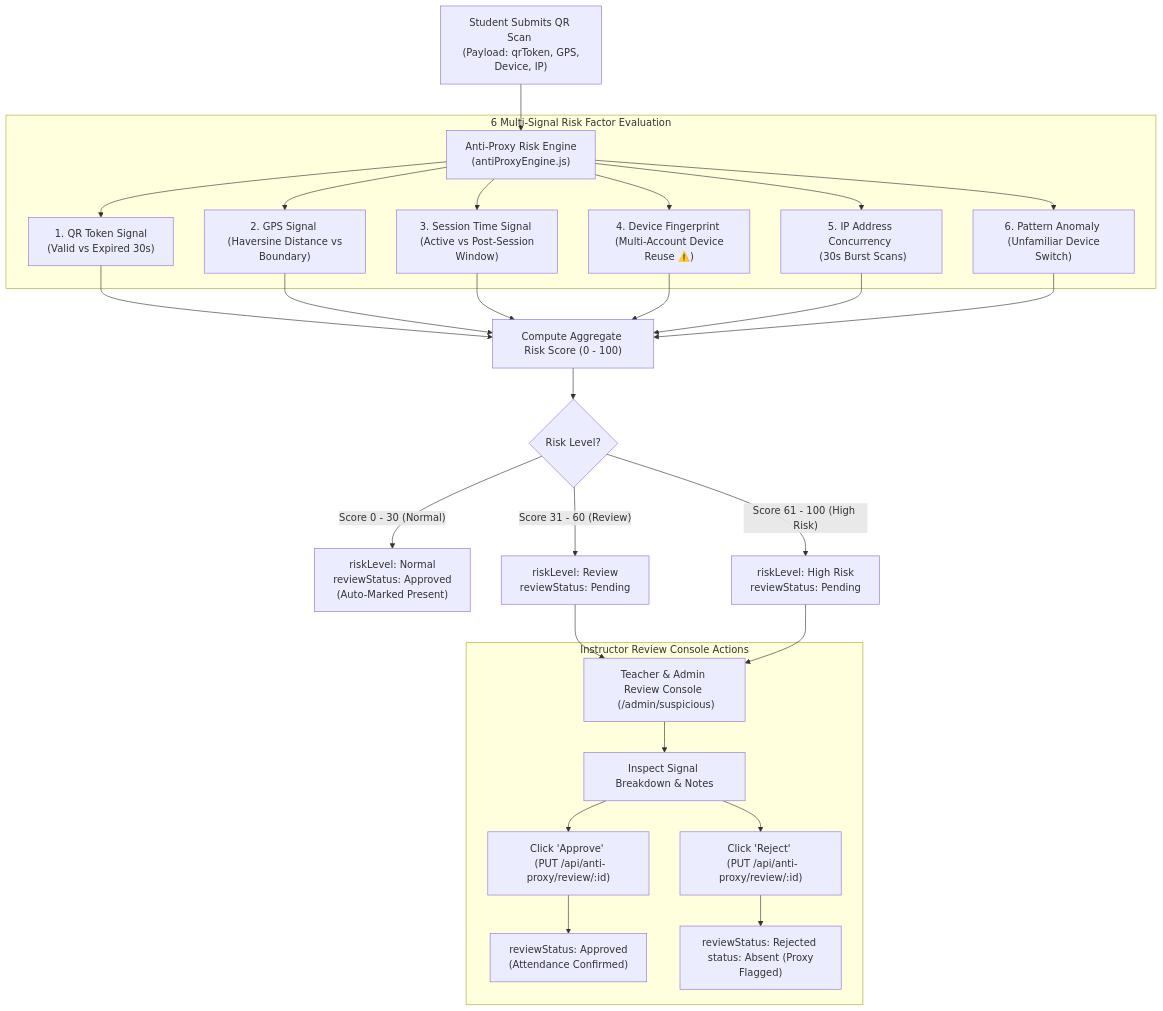
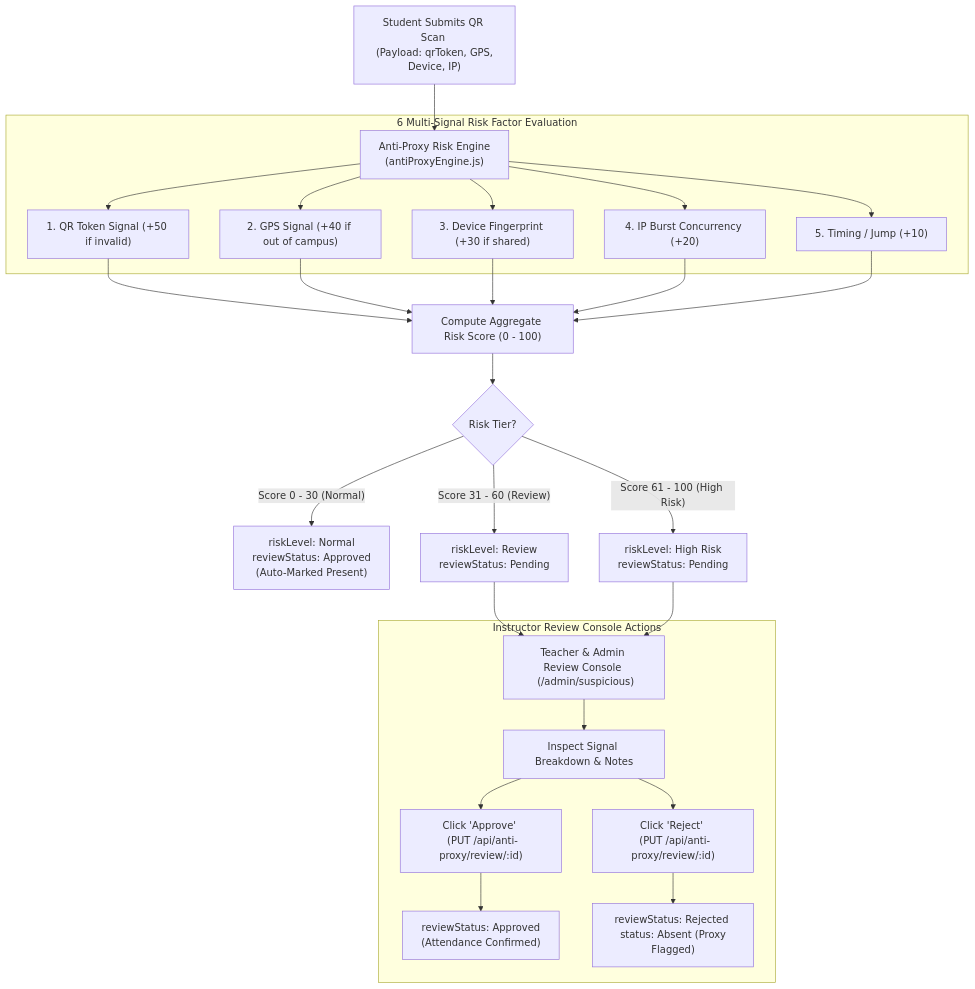
One commit to ace2920006/Basic-attendance changed the tenth of 12 diagrams in docs/FLOW_DIAGRAMS.md. Above: the diagram before and after it, drawn with Mermaid. The commit also changed other lines of this file and 6 other files, not shown here.

````diff
--- a/docs/FLOW_DIAGRAMS.md
+++ b/docs/FLOW_DIAGRAMS.md
@@ -278,32 +282,31 @@
 ```mermaid
 flowchart TD
     ScanReq["Student Submits QR Scan <br/> (Payload: qrToken, GPS, Device, IP)"] --> Engine["Anti-Proxy Risk Engine <br/> (antiProxyEngine.js)"]
     
     subgraph MultiSignalEvaluation ["6 Multi-Signal Risk Factor Evaluation"]
-        Engine --> Sig1["1. QR Token Signal <br/> (Valid vs Expired 30s)"]
-        Engine --> Sig2["2. GPS Signal <br/> (Haversine Distance vs Boundary)"]
-        Engine --> Sig3["3. Session Time Signal <br/> (Active vs Post-Session Window)"]
-        Engine --> Sig4["4. Device Fingerprint <br/> (Multi-Account Device Reuse ⚠️)"]
-        Engine --> Sig5["5. IP Address Concurrency <br/> (30s Burst Scans)"]
-        Engine --> Sig6["6. Pattern Anomaly <br/> (Unfamiliar Device Switch)"]
+        Engine --> Sig1["1. QR Token Signal (+50 if invalid)"]
+        Engine --> Sig2["2. GPS Signal (+40 if out of campus)"]
+        Engine --> Sig3["3. Device Fingerprint (+30 if shared)"]
+        Engine --> Sig4["4. IP Burst Concurrency (+20)"]
+        Engine --> Sig5["5. Timing / Jump (+10)"]
     end
 
-    Sig1 & Sig2 & Sig3 & Sig4 & Sig5 & Sig6 --> ScoreCalc["Compute Aggregate Risk Score (0 - 100)"]
+    Sig1 & Sig2 & Sig3 & Sig4 & Sig5 --> ScoreCalc["Compute Aggregate Risk Score (0 - 100)"]
     
-    ScoreCalc --> RiskCheck{Risk Level?}
+    ScoreCalc --> RiskCheck{Risk Tier?}
     
     RiskCheck -- "Score 0 - 30 (Normal)" --> AutoApprove["riskLevel: Normal <br/> reviewStatus: Approved <br/> (Auto-Marked Present)"]
     RiskCheck -- "Score 31 - 60 (Review)" --> PendingSuspicious["riskLevel: Review <br/> reviewStatus: Pending"]
     RiskCheck -- "Score 61 - 100 (High Risk)" --> PendingHighRisk["riskLevel: High Risk <br/> reviewStatus: Pending"]
     
     PendingSuspicious & PendingHighRisk --> ReviewQueue["Teacher & Admin Review Console <br/> (/admin/suspicious)"]
     
     subgraph InstructorReviewConsole ["Instructor Review Console Actions"]
         ReviewQueue --> InspectRecord["Inspect Signal Breakdown & Notes"]
         InspectRecord --> ApproveAction["Click 'Approve' <br/> (PUT /api/anti-proxy/review/:id)"]
         InspectRecord --> RejectAction["Click 'Reject' <br/> (PUT /api/anti-proxy/review/:id)"]
         
         ApproveAction --> VerifiedState["reviewStatus: Approved <br/> (Attendance Confirmed)"]
         RejectAction --> RejectedState["reviewStatus: Rejected <br/> status: Absent (Proxy Flagged)"]
     end
 ```
````
